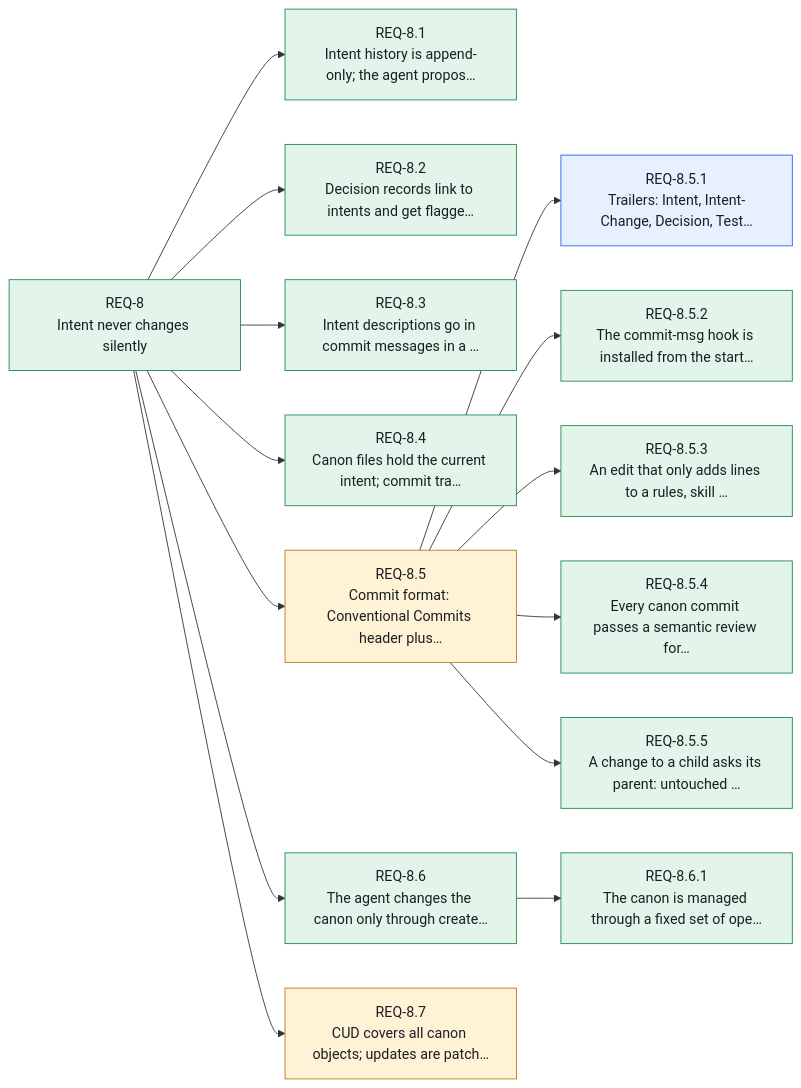
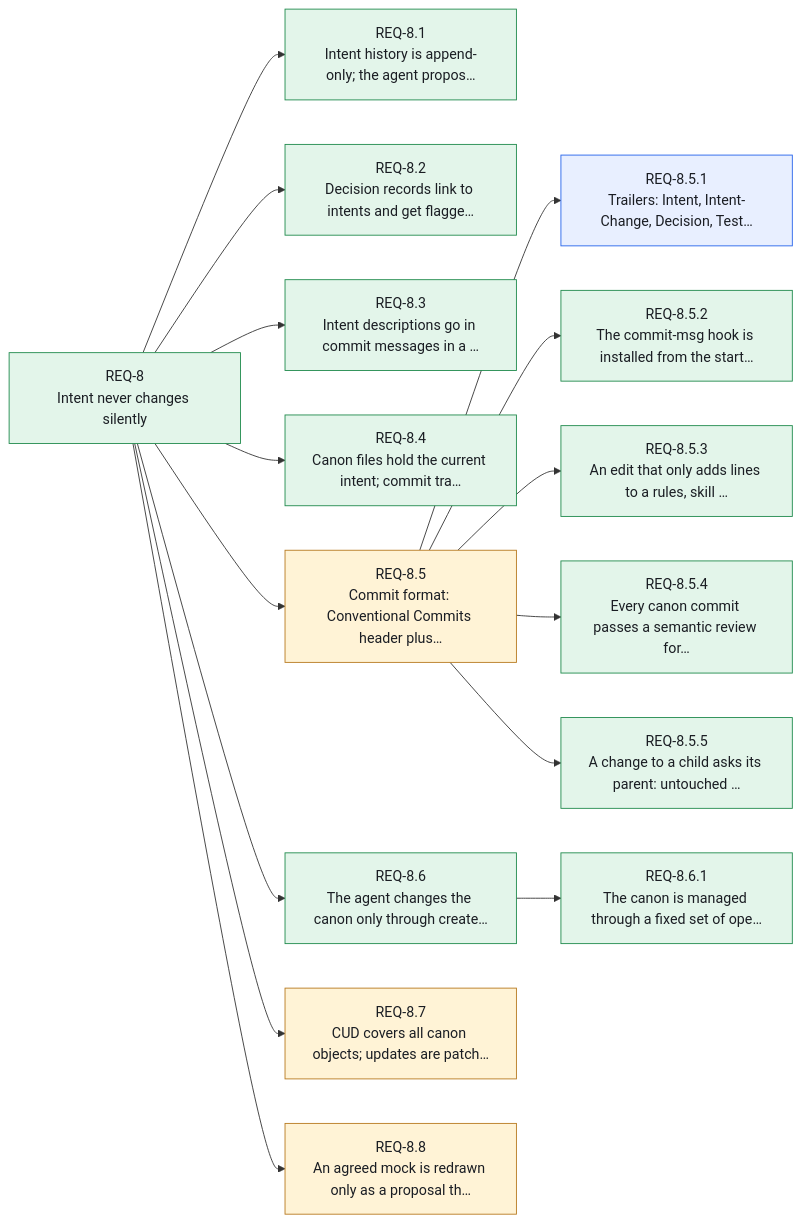
One commit to Althis/headcanon changed the ninth of 14 diagrams in canon/INDEX.md. Above: the diagram before and after it, drawn with Mermaid. The commit also changed other lines of this file and 14 other files, not shown here.

````diff
--- a/canon/INDEX.md
+++ b/canon/INDEX.md
@@ -417,35 +431,37 @@
 ```mermaid
 flowchart LR
     REQ_8["REQ-8<br/>Intent never changes silently"]:::stated
     REQ_8_1["REQ-8.1<br/>Intent history is append-only; the agent propos…"]:::stated
     REQ_8_2["REQ-8.2<br/>Decision records link to intents and get flagge…"]:::stated
     REQ_8_3["REQ-8.3<br/>Intent descriptions go in commit messages in a …"]:::stated
     REQ_8_4["REQ-8.4<br/>Canon files hold the current intent; commit tra…"]:::stated
     REQ_8_5["REQ-8.5<br/>Commit format: Conventional Commits header plus…"]:::assumed
     REQ_8_5_1["REQ-8.5.1<br/>Trailers: Intent, Intent-Change, Decision, Test…"]:::resolved
     REQ_8_5_2["REQ-8.5.2<br/>The commit-msg hook is installed from the start…"]:::stated
     REQ_8_5_3["REQ-8.5.3<br/>An edit that only adds lines to a rules, skill …"]:::stated
     REQ_8_5_4["REQ-8.5.4<br/>Every canon commit passes a semantic review for…"]:::stated
     REQ_8_5_5["REQ-8.5.5<br/>A change to a child asks its parent: untouched …"]:::stated
     REQ_8_6["REQ-8.6<br/>The agent changes the canon only through create…"]:::stated
     REQ_8_6_1["REQ-8.6.1<br/>The canon is managed through a fixed set of ope…"]:::stated
     REQ_8_7["REQ-8.7<br/>CUD covers all canon objects; updates are patch…"]:::assumed
+    REQ_8_8["REQ-8.8<br/>An agreed mock is redrawn only as a proposal th…"]:::assumed
     REQ_8 --> REQ_8_1
     REQ_8 --> REQ_8_2
     REQ_8 --> REQ_8_3
     REQ_8 --> REQ_8_4
     REQ_8 --> REQ_8_5
     REQ_8_5 --> REQ_8_5_1
     REQ_8_5 --> REQ_8_5_2
     REQ_8_5 --> REQ_8_5_3
     REQ_8_5 --> REQ_8_5_4
     REQ_8_5 --> REQ_8_5_5
     REQ_8 --> REQ_8_6
     REQ_8_6 --> REQ_8_6_1
     REQ_8 --> REQ_8_7
+    REQ_8 --> REQ_8_8
     classDef stated fill:#e3f5ea,stroke:#1f8a4c,color:#1a1d23
     classDef resolved fill:#e8efff,stroke:#2563eb,color:#1a1d23
     classDef assumed fill:#fff3d6,stroke:#b7791f,color:#1a1d23
     classDef open fill:#ece9fb,stroke:#6b5bd2,color:#1a1d23
     classDef contested fill:#fde7e8,stroke:#d13438,color:#1a1d23
 ```
````
